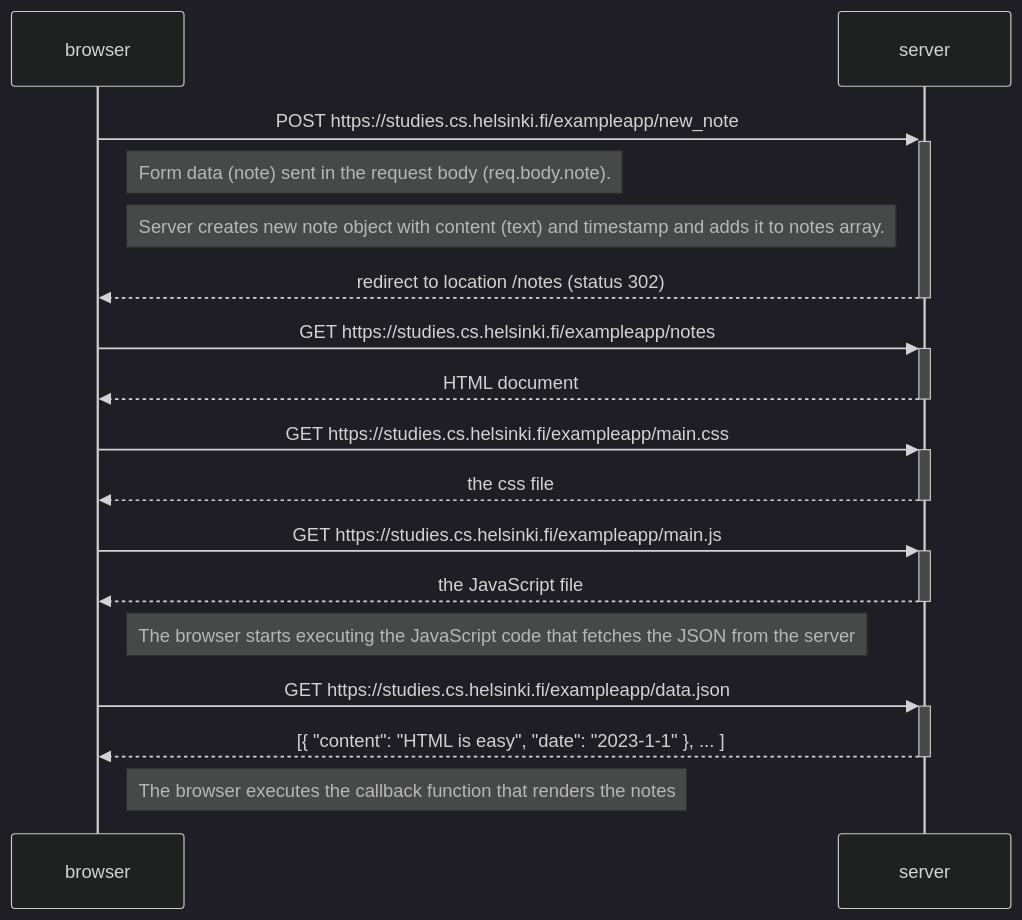
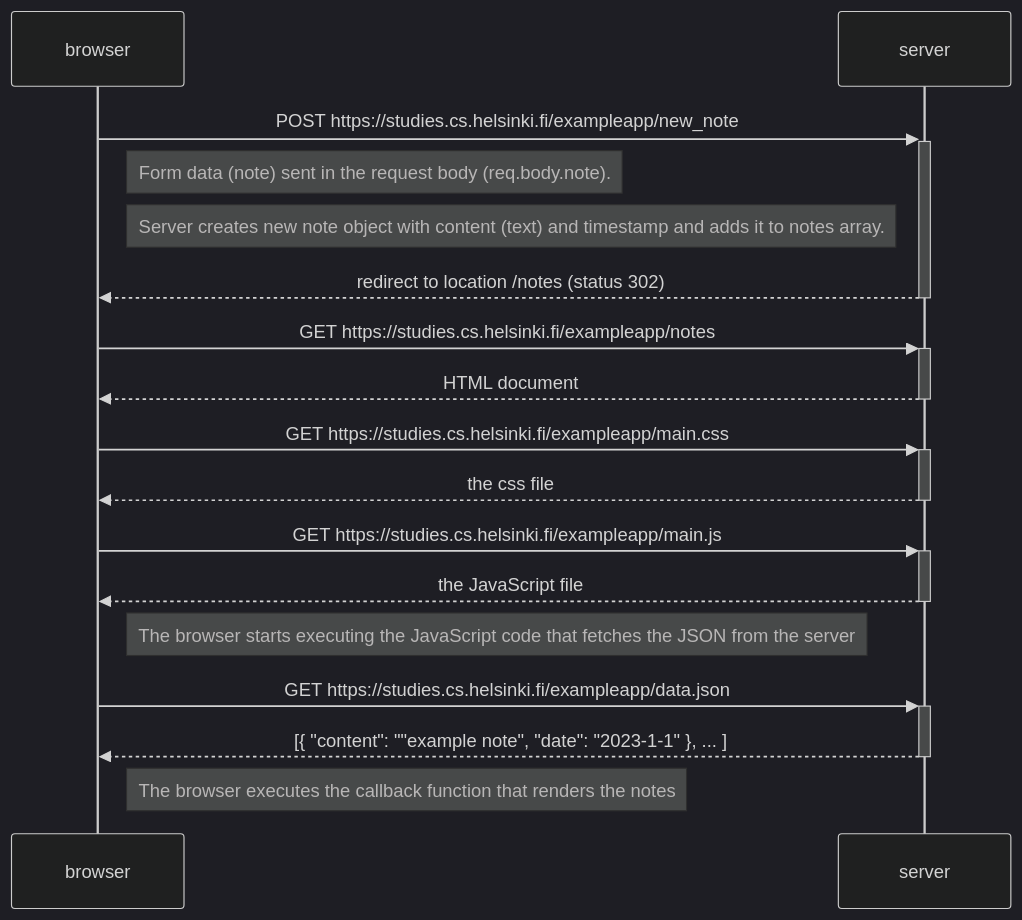
One commit to vapppu/Fullstackopen changed the diagram in Luku 0/0.4-new-note-diagram.md. Above: the diagram before and after it, drawn with Mermaid (dark theme). The commit also changed 1 other file, not shown here.

Commit message:
Change example json data to both 0.4 and 0.5 files

````diff
--- a/Luku 0/0.4-new-note-diagram.md
+++ b/Luku 0/0.4-new-note-diagram.md
@@ -1,33 +1,33 @@
 ```mermaid
 sequenceDiagram
 participant browser
 participant server
 
     browser->>+server: POST https://studies.cs.helsinki.fi/exampleapp/new_note
 
     Note right of browser: Form data (note) sent in the request body (req.body.note).
 
     Note left of server: Server creates new note object with content (text) and timestamp and adds it to notes array.
 
     server-->>-browser: redirect to location /notes (status 302)
 
     browser->>+server: GET https://studies.cs.helsinki.fi/exampleapp/notes
 
     server-->>-browser: HTML document
 
     browser->>+server: GET https://studies.cs.helsinki.fi/exampleapp/main.css
 
     server-->>-browser: the css file
 
     browser->>+server: GET https://studies.cs.helsinki.fi/exampleapp/main.js
 
     server-->>-browser: the JavaScript file
 
     Note right of browser: The browser starts executing the JavaScript code that fetches the JSON from the server
 
     browser->>+server: GET https://studies.cs.helsinki.fi/exampleapp/data.json
 
-    server-->>-browser: [{ "content": "HTML is easy", "date": "2023-1-1" }, ... ]
+    server-->>-browser: [{ "content": ""example note", "date": "2023-1-1" }, ... ]
 
     Note right of browser: The browser executes the callback function that renders the notes
 ```
````
